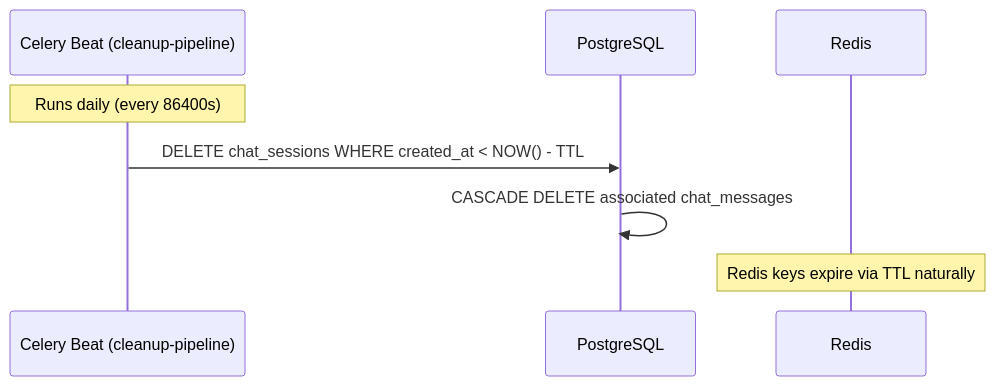
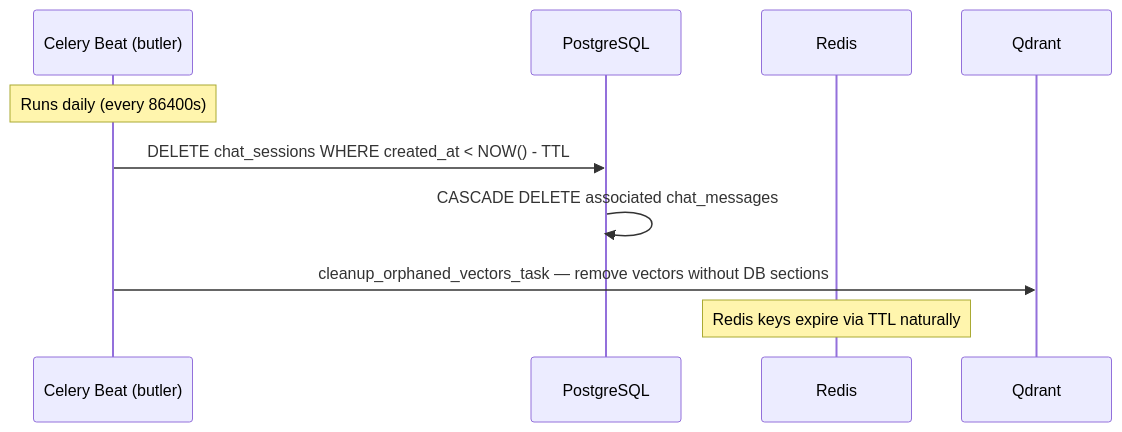
The fourth of 5 diagrams in docs/02_WORKFLOWS.md (qtuanph/chatbot-rag), drawn with Mermaid before and after one commit. The commit also changed other lines of this file and 50 other files, not shown here.

````diff
--- a/docs/02_WORKFLOWS.md
+++ b/docs/02_WORKFLOWS.md
@@ -166,11 +169,12 @@
 ```mermaid
 sequenceDiagram
-    participant Beat as Celery Beat (cleanup-pipeline)
+    participant Beat as Celery Beat (butler)
     participant DB as PostgreSQL
     participant Redis
 
     Note over Beat: Runs daily (every 86400s)
     Beat->>DB: DELETE chat_sessions WHERE created_at < NOW() - TTL
     DB->>DB: CASCADE DELETE associated chat_messages
+    Beat->>Qdrant: cleanup_orphaned_vectors_task — remove vectors without DB sections
     Note over Redis: Redis keys expire via TTL naturally
 ```
````
